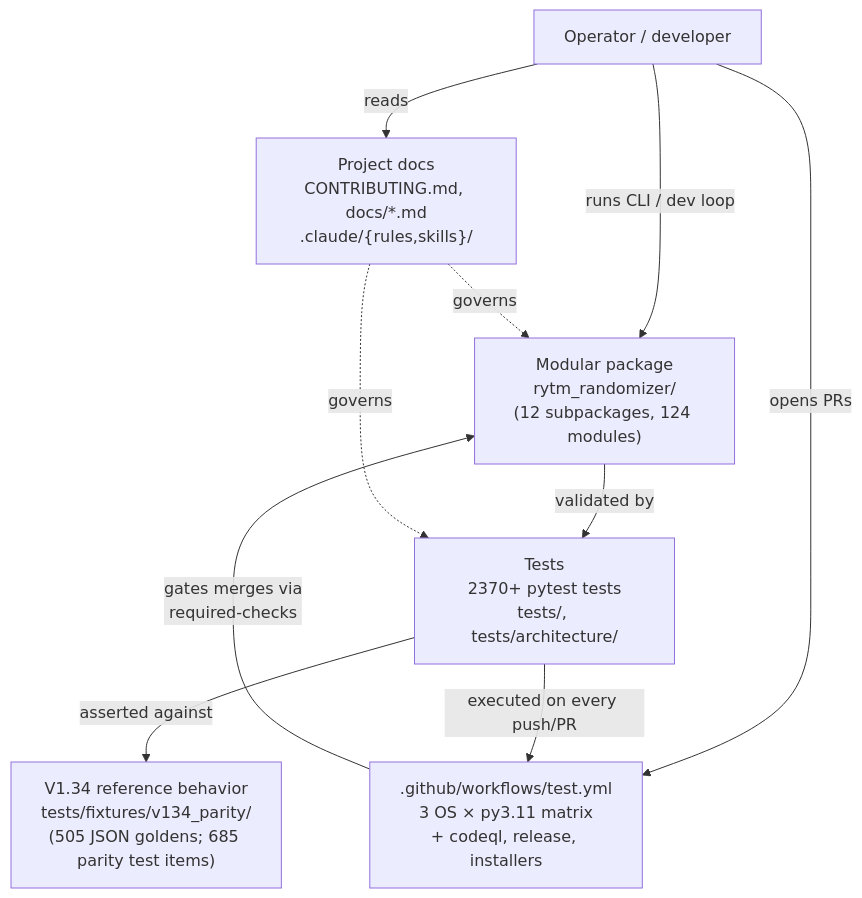
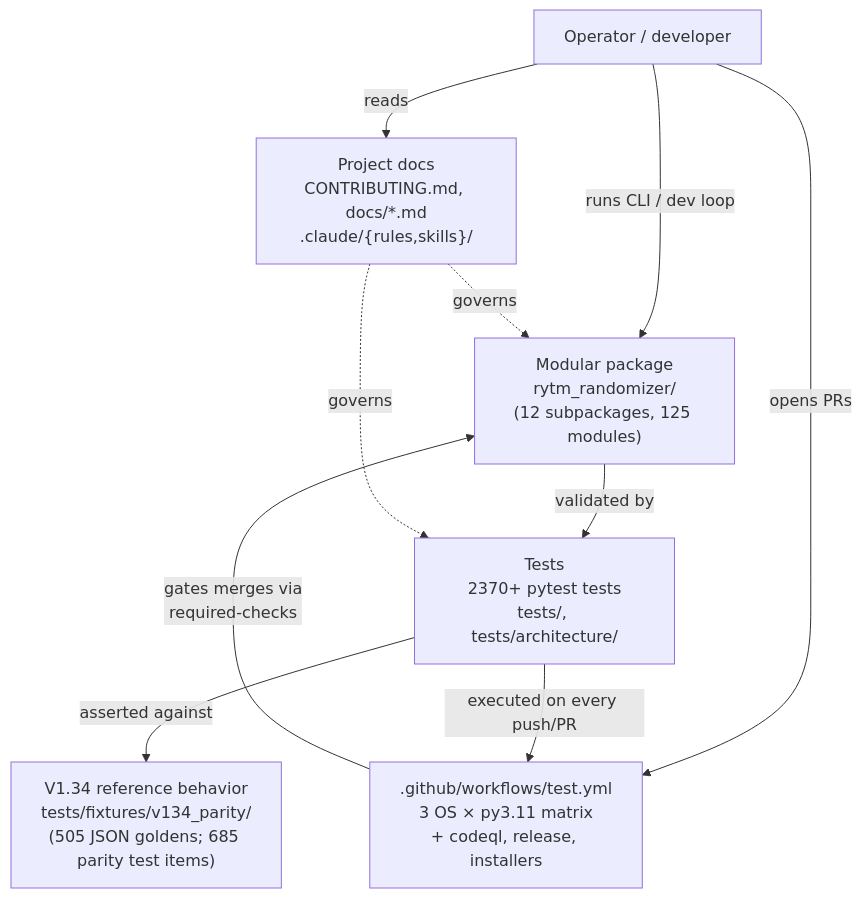
One commit to buzzijose-hub/RytmRandomizer changed the first of 26 diagrams in docs/ARCHITECTURE_DIAGRAMS.md. Above: the diagram before and after it, drawn with Mermaid. The commit also changed other lines of this file and 11 other files, not shown here.

````diff
--- a/docs/ARCHITECTURE_DIAGRAMS.md
+++ b/docs/ARCHITECTURE_DIAGRAMS.md
@@ -47,22 +47,22 @@
 ```mermaid
 flowchart TB
     User["Operator / developer"]
     V134["V1.34 reference behavior<br/>tests/fixtures/v134_parity/<br/>(505 JSON goldens; 685 parity test items)"]
-    Package["Modular package<br/>rytm_randomizer/<br/>(12 subpackages, 124 modules)"]
+    Package["Modular package<br/>rytm_randomizer/<br/>(12 subpackages, 125 modules)"]
     Tests["Tests<br/>2370+ pytest tests<br/>tests/, tests/architecture/"]
     CI[".github/workflows/test.yml<br/>3 OS × py3.11 matrix<br/>+ codeql, release, installers"]
     Docs["Project docs<br/>CONTRIBUTING.md, docs/*.md<br/>.claude/{rules,skills}/"]
 
     User -->|"runs CLI / dev loop"| Package
     User -->|"opens PRs"| CI
     User -->|"reads"| Docs
 
     Package -->|"validated by"| Tests
     Tests -->|"asserted against"| V134
     Tests -->|"executed on every push/PR"| CI
 
     CI -->|"gates merges via<br/>required-checks"| Package
 
     Docs -.->|"governs"| Package
     Docs -.->|"governs"| Tests
 ```
````
